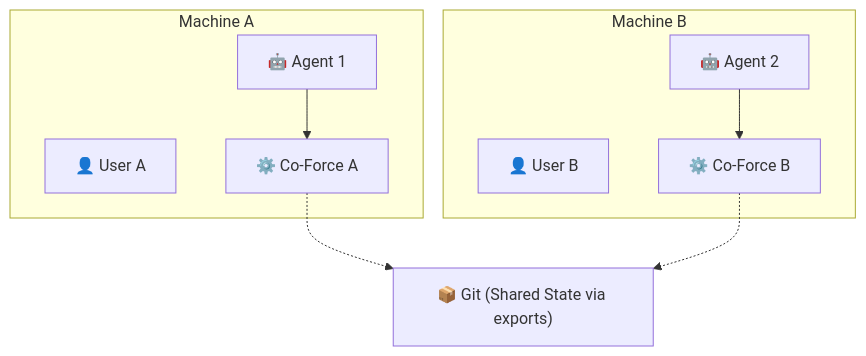
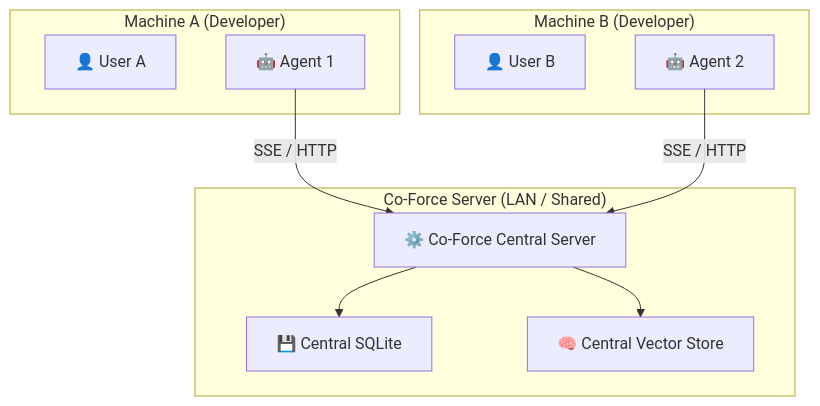
Diagram 33 of 34 in docs/URD.md (hiimtrung/co-force), drawn with Mermaid before and after one commit. The commit also changed other lines of this file and 5 other files, not shown here.

Commit message:
refactor: transition project architecture to Rust workspace and update implementation docs with new crate structure and planning modules

````diff
--- a/docs/URD.md
+++ b/docs/URD.md
@@ -1532,21 +1813,23 @@
 ```mermaid
 graph TB
-    subgraph "Machine A"
+    subgraph "Machine A (Developer)"
         UA["👤 User A"]
         A1["🤖 Agent 1"]
-        MCP_A["⚙️ Co-Force A"]
     end
 
-    subgraph "Machine B"
+    subgraph "Machine B (Developer)"
         UB["👤 User B"]
         A2["🤖 Agent 2"]
-        MCP_B["⚙️ Co-Force B"]
     end
 
-    GIT["📦 Git (Shared State via exports)"]
+    subgraph "Co-Force Server (LAN / Shared)"
+        MCP["⚙️ Co-Force Central Server"]
+        DB["💾 Central SQLite"]
+        VEC["🧠 Central Vector Store"]
+    end
 
-    A1 --> MCP_A
-    A2 --> MCP_B
-    MCP_A -.-> GIT
-    MCP_B -.-> GIT
+    A1 -->|SSE / HTTP| MCP
+    A2 -->|SSE / HTTP| MCP
+    MCP --> DB
+    MCP --> VEC
 ```
````
